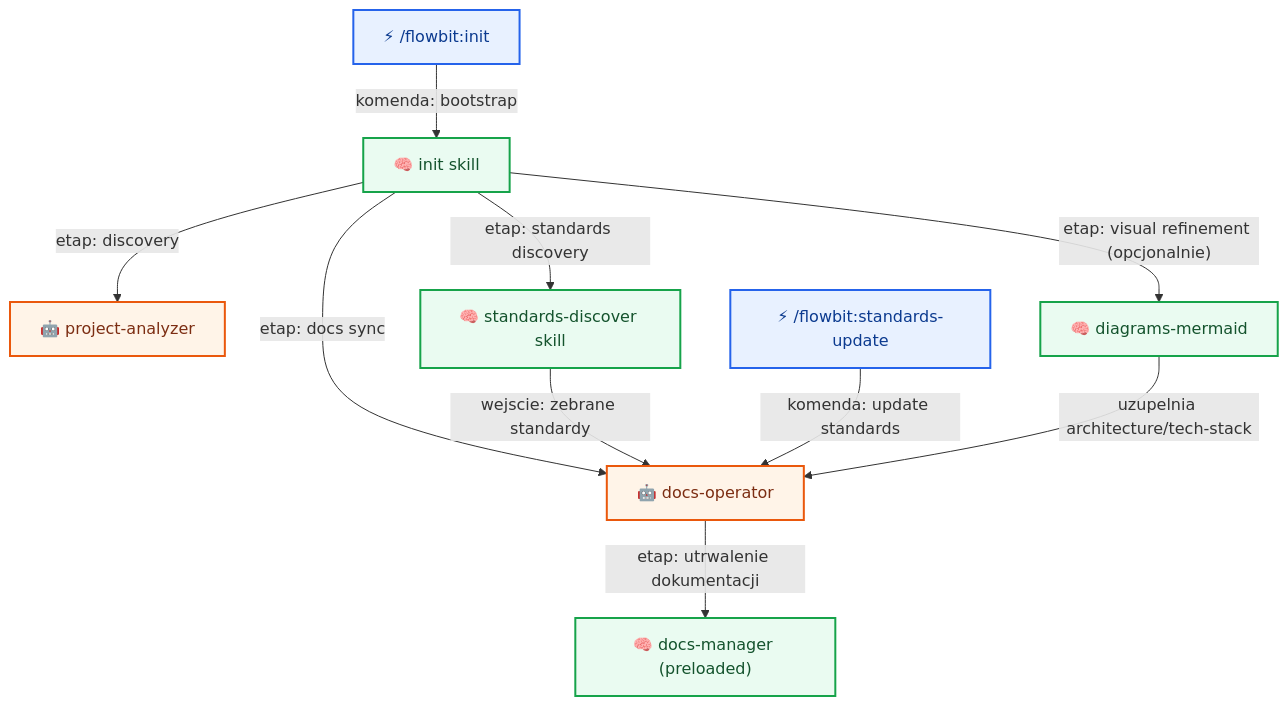
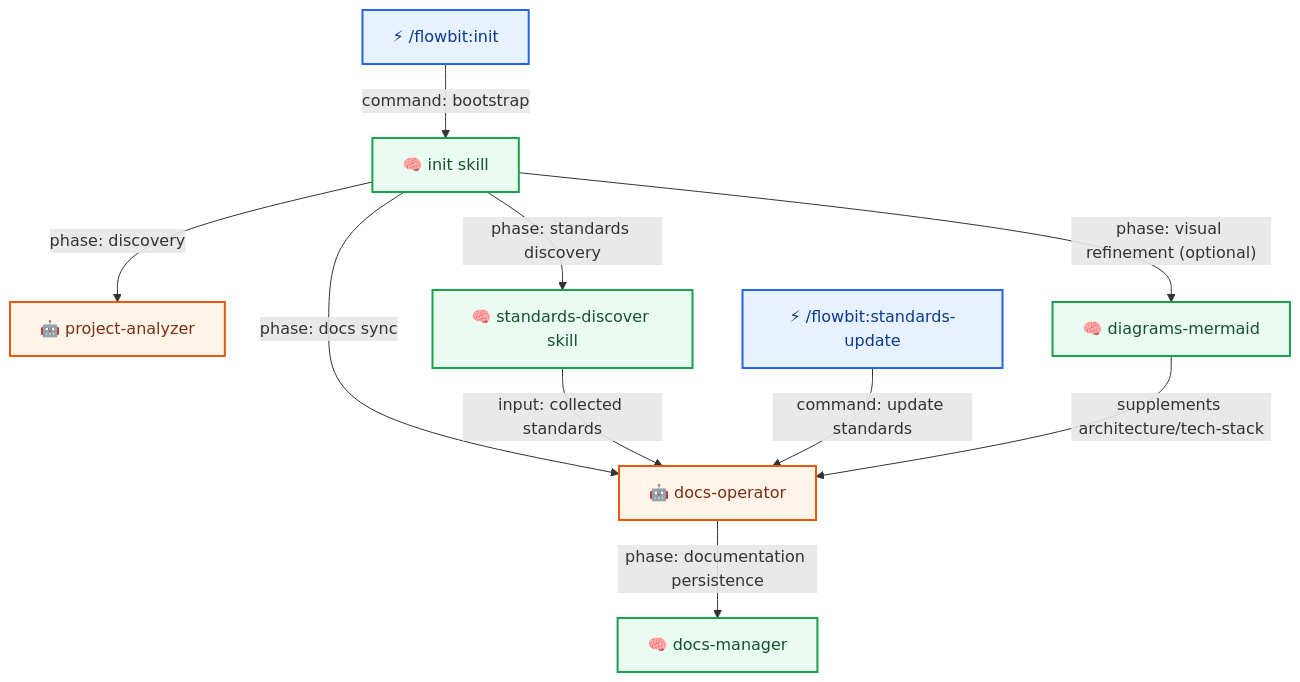
The second of 11 diagrams in docs/flow/workflows.md (plucins/flowbit), drawn with Mermaid before and after one commit. The commit also changed other lines of this file and 11 other files, not shown here.

Commit message:
enhance documentation clarity and adapt artifact-critic skill to check documents

````diff
--- a/docs/flow/workflows.md
+++ b/docs/flow/workflows.md
@@ -57,19 +57,19 @@
 ```mermaid
 graph TD
-  INIT_CMD["⚡ /flowbit:init"] -- "komenda: bootstrap" --> INIT["🧠 init skill"]
-  INIT -- "etap: discovery" --> PROJ["🤖 project-analyzer"]
-  INIT -- "etap: standards discovery" --> STD_DISC["🧠 standards-discover skill"]
-  INIT -- "etap: visual refinement (opcjonalnie)" --> DIAG_I["🧠 diagrams-mermaid"]
-  INIT -- "etap: docs sync" --> DOCS_OP["🤖 docs-operator"]
-  STD_DISC -- "wejscie: zebrane standardy" --> DOCS_OP
-  STD_UPD["⚡ /flowbit:standards-update"] -- "komenda: update standards" --> DOCS_OP
-  DIAG_I -- "uzupelnia architecture/tech-stack" --> DOCS_OP
-  DOCS_OP -- "etap: utrwalenie dokumentacji" --> DOCS["🧠 docs-manager (preloaded)"]
+  INIT_CMD["⚡ /flowbit:init"] -- "command: bootstrap" --> INIT["🧠 init skill"]
+  INIT -- "phase: discovery" --> PROJ["🤖 project-analyzer"]
+  INIT -- "phase: standards discovery" --> STD_DISC["🧠 standards-discover skill"]
+  INIT -- "phase: visual refinement (optional)" --> DIAG_I["🧠 diagrams-mermaid"]
+  INIT -- "phase: docs sync" --> DOCS_OP["🤖 docs-operator"]
+  STD_DISC -- "input: collected standards" --> DOCS_OP
+  STD_UPD["⚡ /flowbit:standards-update"] -- "command: update standards" --> DOCS_OP
+  DIAG_I -- "supplements architecture/tech-stack" --> DOCS_OP
+  DOCS_OP -- "phase: documentation persistence" --> DOCS["🧠 docs-manager"]
 
   classDef cmd fill:#E8F1FF,stroke:#2563EB,stroke-width:2px,color:#0B3A8F;
   classDef skill fill:#EAFBF1,stroke:#16A34A,stroke-width:2px,color:#14532D;
   classDef agent fill:#FFF4E8,stroke:#EA580C,stroke-width:2px,color:#7C2D12;
   class INIT_CMD,STD_UPD cmd;
   class INIT,STD_DISC,DOCS,DIAG_I skill;
   class PROJ,DOCS_OP agent;
 ```
````
